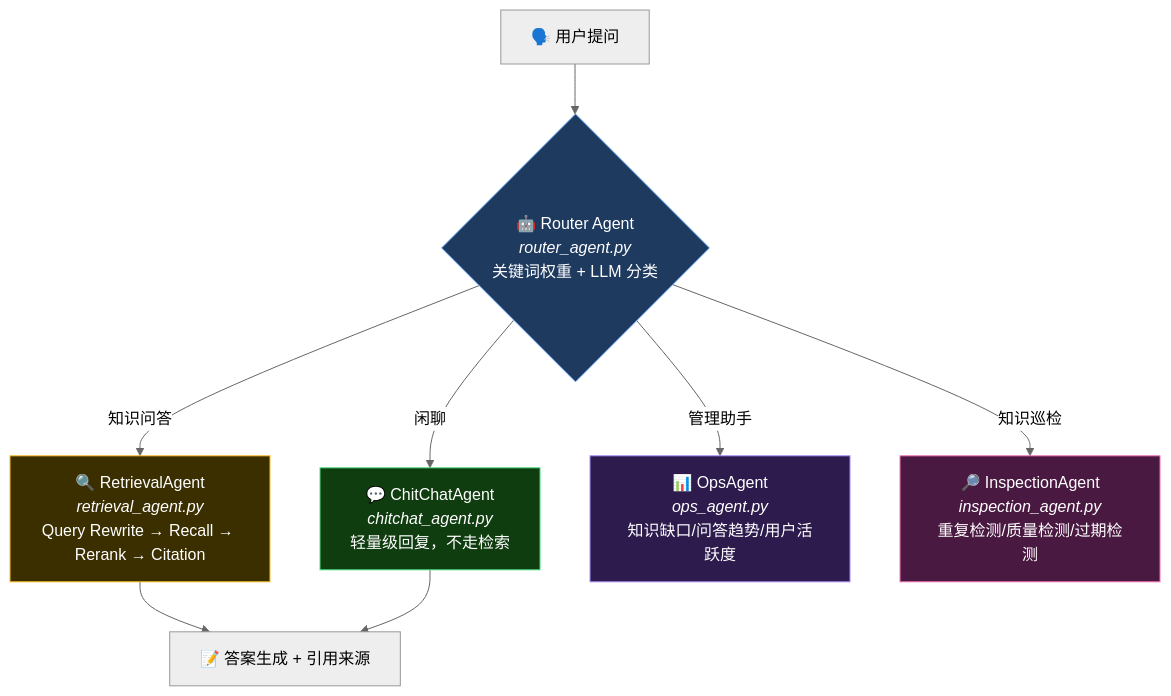
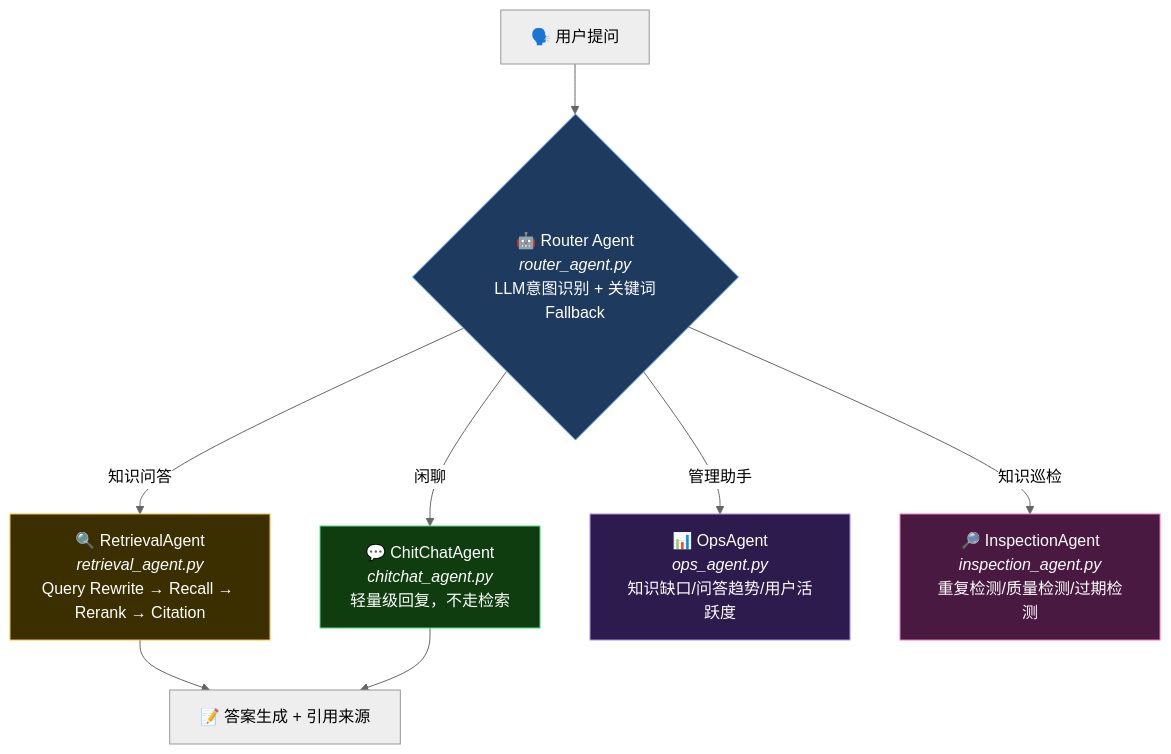
The fourth of 5 diagrams in README.md (7ing24/AgenticRAG), drawn with Mermaid (neutral theme) before and after one commit. The commit also changed other lines of this file and 10 other files, not shown here.

First line of the commit message:
refactor(agent): 统一意图识别逻辑到独立分类器模块

````diff
--- a/README.md
+++ b/README.md
@@ -115,24 +116,24 @@
 ```mermaid
 flowchart TD
-    Q["🗣️ 用户提问"] --> R{"🤖 Router Agent<br/><i>router_agent.py</i><br/>关键词权重 + LLM 分类"}
+    Q["🗣️ 用户提问"] --> R{"🤖 Router Agent<br/><i>router_agent.py</i><br/>LLM意图识别 + 关键词Fallback"}
 
     R -->|闲聊| C1["💬 ChitChatAgent<br/><i>chitchat_agent.py</i><br/>轻量级回复，不走检索"]
     R -->|知识问答| C2["🔍 RetrievalAgent<br/><i>retrieval_agent.py</i><br/>Query Rewrite → Recall → Rerank → Citation"]
     R -->|管理助手| C3["📊 OpsAgent<br/><i>ops_agent.py</i><br/>知识缺口/问答趋势/用户活跃度"]
     R -->|知识巡检| C4["🔎 InspectionAgent<br/><i>inspection_agent.py</i><br/>重复检测/质量检测/过期检测"]
 
     C2 --> ANS["📝 答案生成 + 引用来源"]
     C1 --> ANS
 
     classDef router fill:#1e3a5f,stroke:#60a5fa,color:#fff
     classDef chitchat fill:#0f3d0f,stroke:#4ade80,color:#fff
     classDef retrieval fill:#3b2f00,stroke:#fbbf24,color:#fff
     classDef ops fill:#2d1b4e,stroke:#a78bfa,color:#fff
     classDef inspection fill:#4a1942,stroke:#f472b6,color:#fff
 
     class R router
     class C1 chitchat
     class C2 retrieval
     class C3 ops
     class C4 inspection
 ```
````
